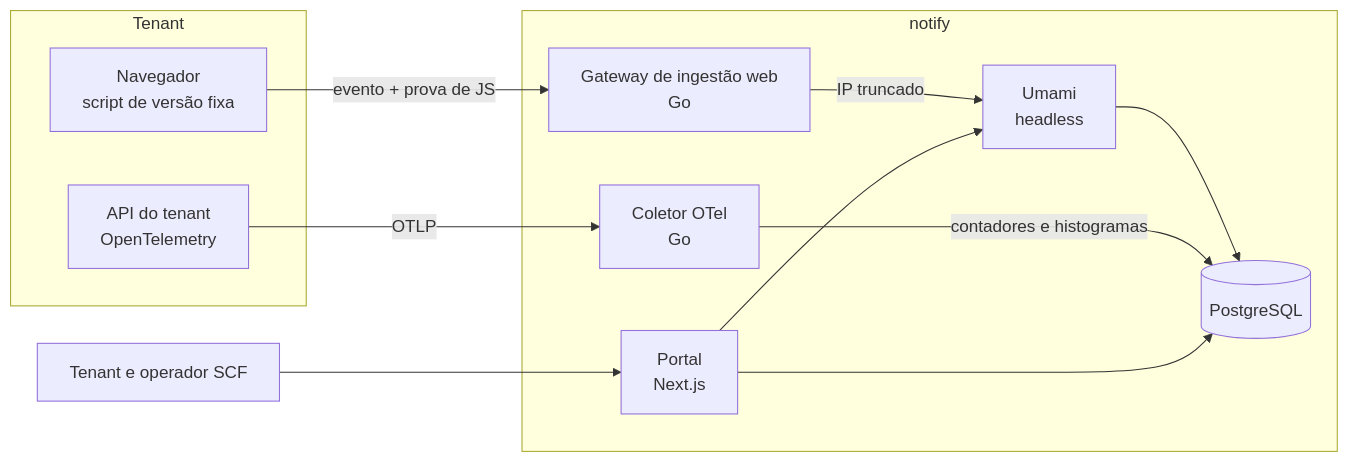
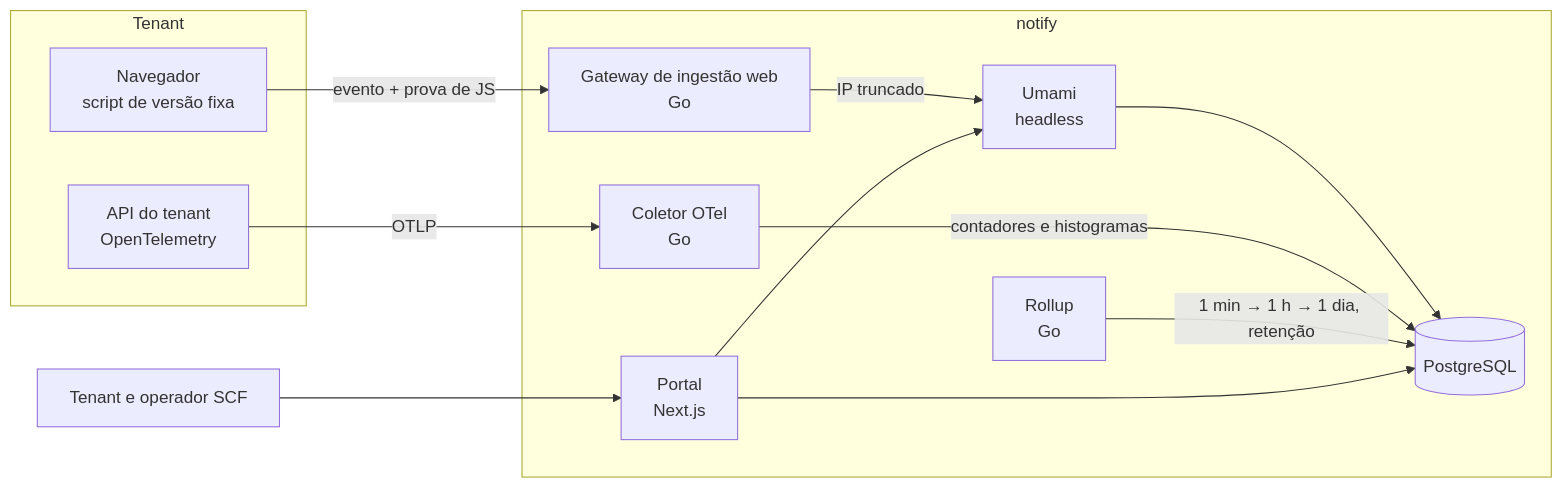
One commit to manucadev81/stellytics changed the diagram in README.md. Above: the diagram before and after it, drawn with Mermaid. The commit also changed other lines of this file, not shown here.

````diff
--- a/README.md
+++ b/README.md
@@ -35,24 +36,26 @@
 ```mermaid
 flowchart LR
   subgraph Tenant
     B[Navegador<br/>script de versão fixa]
     A[API do tenant<br/>OpenTelemetry]
   end
 
   subgraph notify
     G[Gateway de ingestão web<br/>Go]
     U[Umami<br/>headless]
     C[Coletor OTel<br/>Go]
+    R[Rollup<br/>Go]
     P[Portal<br/>Next.js]
     PG[(PostgreSQL)]
   end
 
   B -->|evento + prova de JS| G
   G -->|IP truncado| U
   A -->|OTLP| C
   U --> PG
   C -->|contadores e histogramas| PG
+  R -->|1 min → 1 h → 1 dia, retenção| PG
   P --> U
   P --> PG
   T[Tenant e operador SCF] --> P
 ```
````
